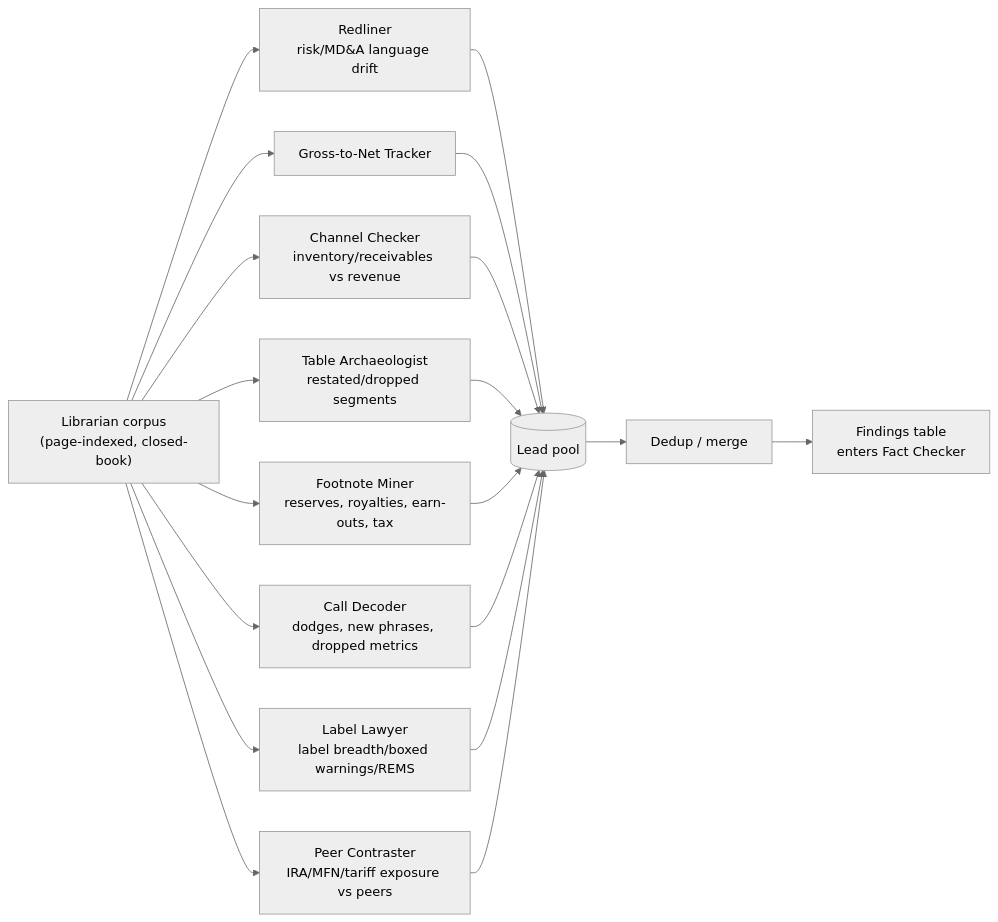
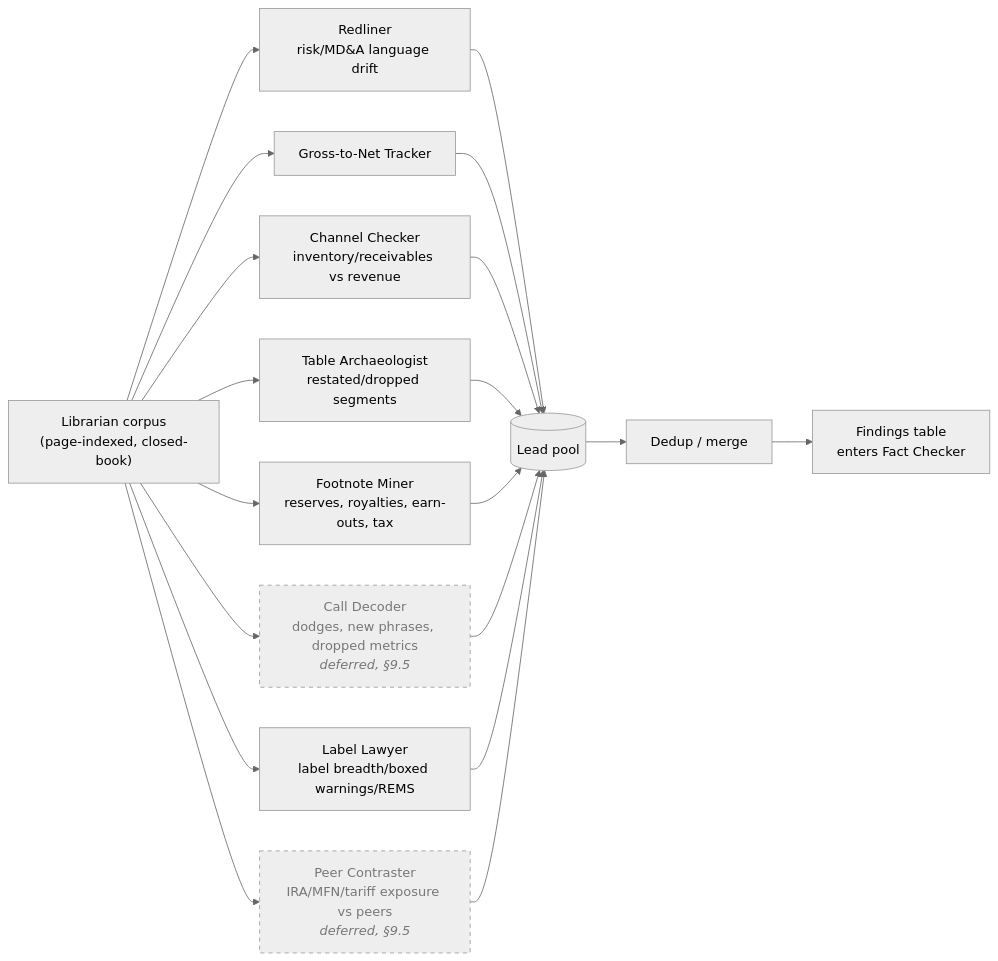
The second of 3 diagrams in docs/architecture.md (Mameo007/ai-neeley-hackathon-pharmaceutical), drawn with Mermaid (neutral theme) before and after one commit. The commit also changed other lines of this file, not shown here.

Commit message:
Mark deferred stages in architecture diagrams

````diff
--- a/docs/architecture.md
+++ b/docs/architecture.md
@@ -156,15 +160,18 @@
 ```mermaid
 flowchart LR
     LIB["Librarian corpus<br/>(page-indexed, closed-book)"] --> R[Redliner<br/>risk/MD&A language drift]
     LIB --> GTN[Gross-to-Net Tracker]
     LIB --> CC[Channel Checker<br/>inventory/receivables vs revenue]
     LIB --> TA[Table Archaeologist<br/>restated/dropped segments]
     LIB --> FM[Footnote Miner<br/>reserves, royalties, earn-outs, tax]
-    LIB --> CD[Call Decoder<br/>dodges, new phrases, dropped metrics]
+    LIB --> CD["Call Decoder<br/>dodges, new phrases, dropped metrics<br/><i>deferred, §9.5</i>"]
     LIB --> LL[Label Lawyer<br/>label breadth/boxed warnings/REMS]
-    LIB --> PC[Peer Contraster<br/>IRA/MFN/tariff exposure vs peers]
+    LIB --> PC["Peer Contraster<br/>IRA/MFN/tariff exposure vs peers<br/><i>deferred, §9.5</i>"]
 
     R & GTN & CC & TA & FM & CD & LL & PC --> POOL[(Lead pool)]
     POOL --> DEDUP[Dedup / merge]
     DEDUP --> TABLE[Findings table<br/>enters Fact Checker]
+
+    classDef deferred stroke-dasharray: 5 5,fill:#eeeeee,color:#777777
+    class CD,PC deferred
 ```
````
